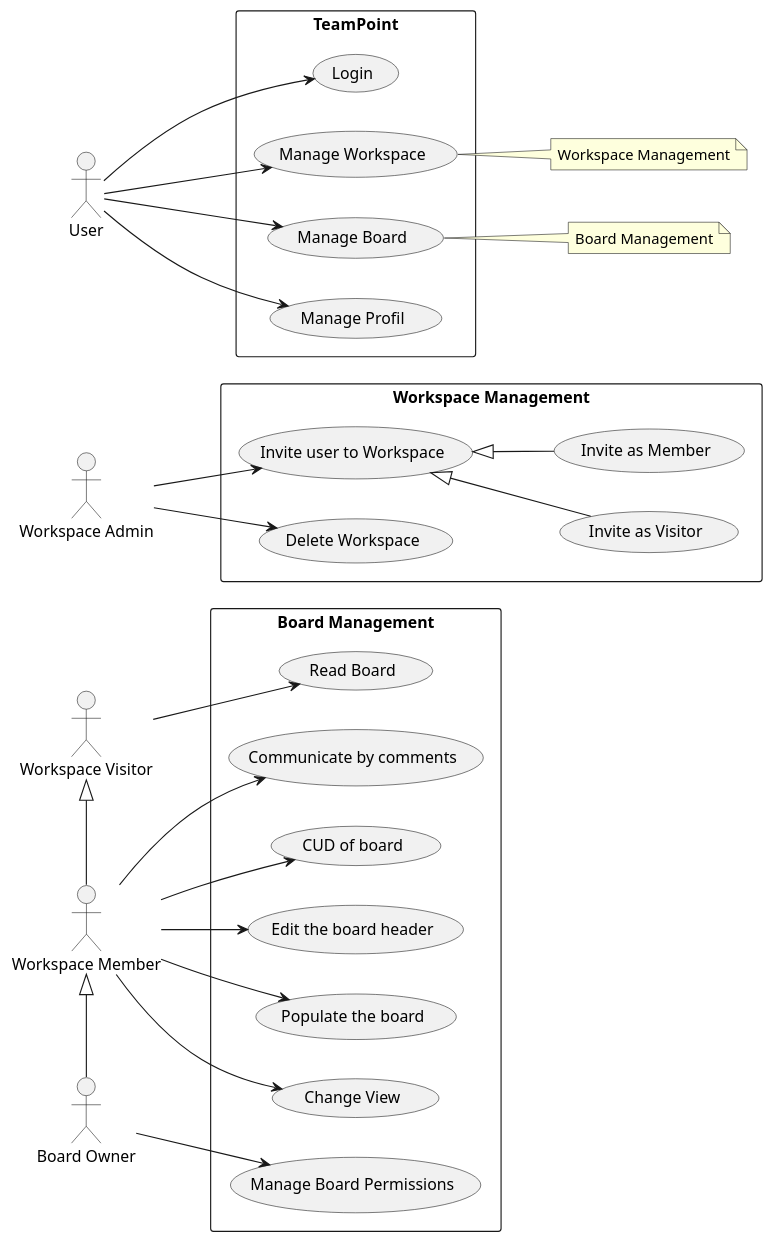
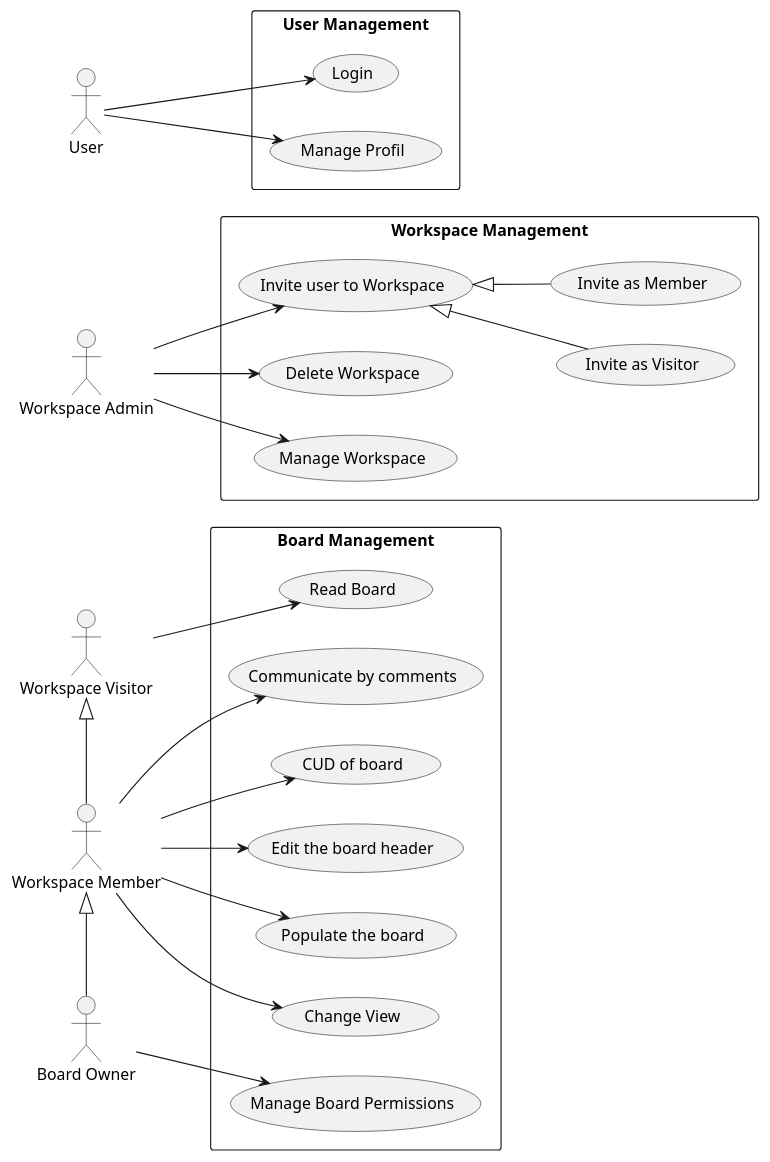
Before and after one commit to tirgue/TeamPoint: the diagram in usecase.plantuml, drawn with PlantUML. The commit also changed 1 other file, not shown here.

Commit message:
Update usecase

```diff
--- a/usecase.plantuml
+++ b/usecase.plantuml
@@ -1,57 +1,49 @@
 @startuml
 left to right direction
 
 actor "Workspace Admin" as WorkspaceAdmin
 actor User
 actor "Workspace Member" as WorkspaceMember
 actor "Board Owner" as BoardOwner
 actor "Workspace Visitor" as WorkspaceVisitor
 
-rectangle TeamPoint{
+rectangle "User Management" {
   usecase "Login" as UC112
-  usecase "Manage Workspace" as UC110
-  usecase "Manage Board" as UC111
   usecase "Manage Profil" as UC113
 }
-User --> UC110
-User --> UC111
 User --> UC112
 User --> UC113
-note right of (UC110)
-  Workspace Management
-end note
-note right of (UC111)
-  Board Management
-end note
 
 rectangle "Workspace Management" as Workspace_Management{
   usecase "Invite user to Workspace" as UC107
   usecase "Delete Workspace" as UC108
   usecase "Invite as Visitor" as UC114
   usecase "Invite as Member" as UC115
+  usecase "Manage Workspace" as UC110
 }
 WorkspaceAdmin --> UC108
 WorkspaceAdmin --> UC107
+WorkspaceAdmin --> UC110
 UC107 <|-- UC114
 UC107 <|-- UC115
 
 rectangle "Board Management" as Boad_Management{
   usecase "CUD of board" as UC101
   usecase "Edit the board header" as UC102
   usecase "Populate the board" as UC103
   usecase "Change View" as UC104
   usecase "Communicate by comments" as UC105
   usecase "Manage Board Permissions" as UC106
   usecase "Read Board" as UC116
 }
 WorkspaceMember <|-right- BoardOwner
 WorkspaceVisitor <|-right- WorkspaceMember
 WorkspaceMember --> UC101
 WorkspaceMember --> UC103
 WorkspaceMember --> UC102
 WorkspaceMember --> UC104
 WorkspaceMember --> UC105
 BoardOwner --> UC106
 WorkspaceVisitor --> UC116
 
 @enduml
```
